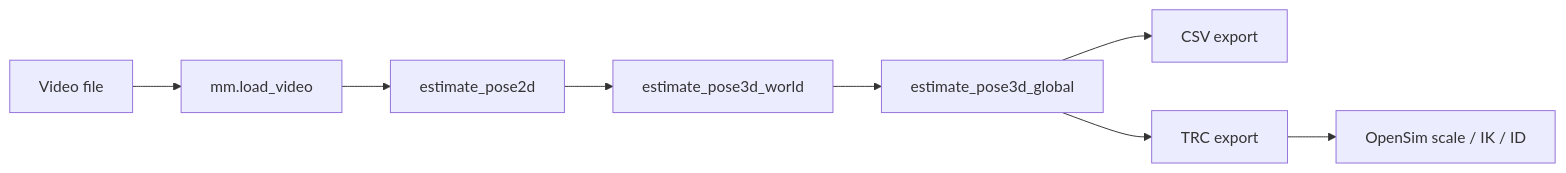
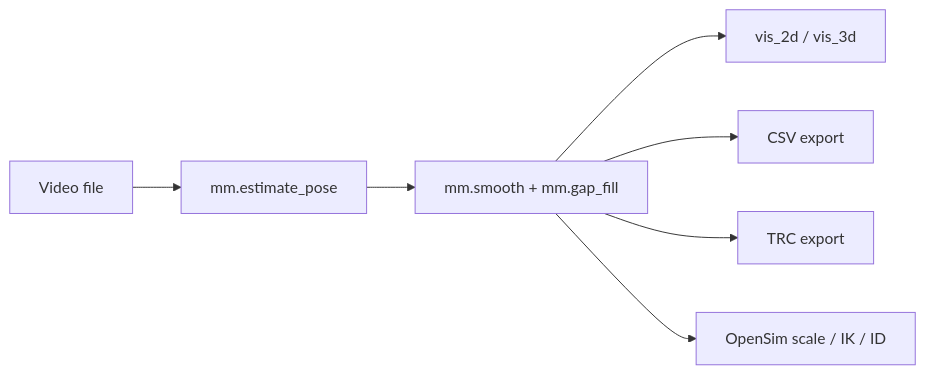
The first of 2 diagrams in docs/stages/index.md (chags1313/monomech), drawn with Mermaid before and after one commit. The commit also changed other lines of this file and 24 other files, not shown here.

````diff
--- a/docs/stages/index.md
+++ b/docs/stages/index.md
@@ -7,10 +7,9 @@
 ```mermaid
 flowchart LR
-    video["Video file"] --> load["mm.load_video"]
-    load --> pose2d["estimate_pose2d"]
-    pose2d --> world["estimate_pose3d_world"]
-    world --> global["estimate_pose3d_global"]
-    global --> csv["CSV export"]
-    global --> trc["TRC export"]
-    trc --> opensim["OpenSim scale / IK / ID"]
+    video["Video file"] --> pose["mm.estimate_pose"]
+    pose --> clean["mm.smooth + mm.gap_fill"]
+    clean --> preview["vis_2d / vis_3d"]
+    clean --> csv["CSV export"]
+    clean --> trc["TRC export"]
+    clean --> opensim["OpenSim scale / IK / ID"]
 ```
````
